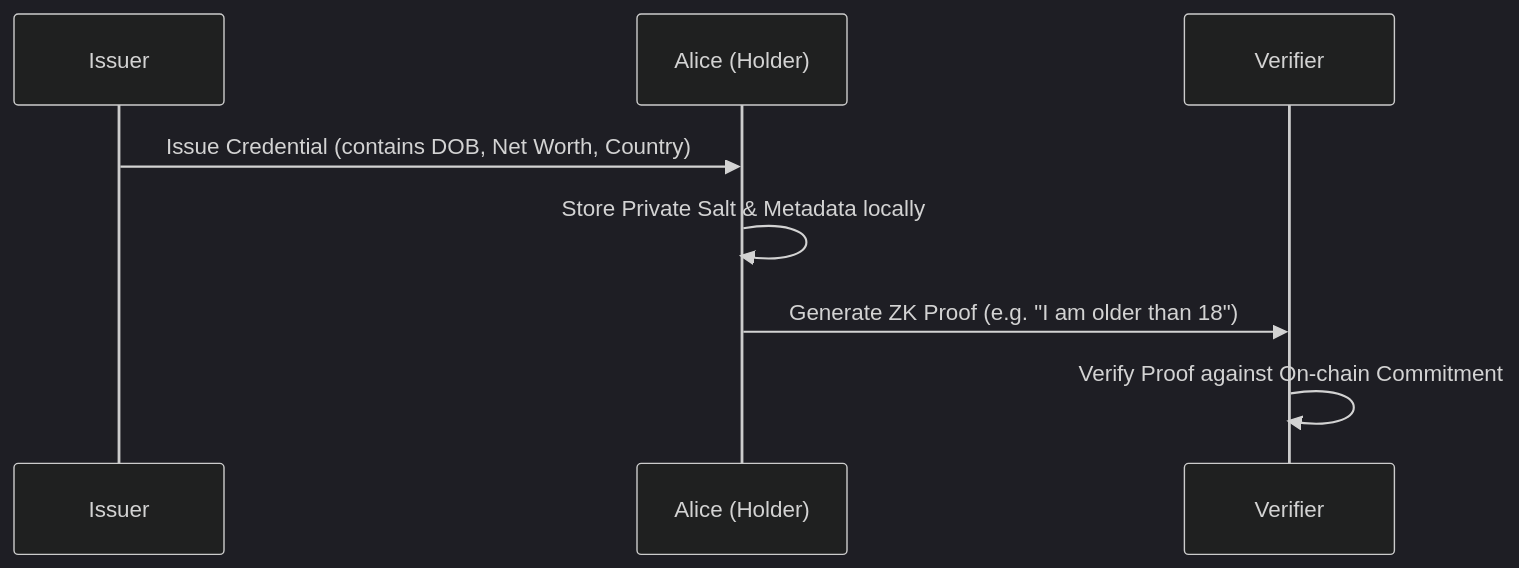
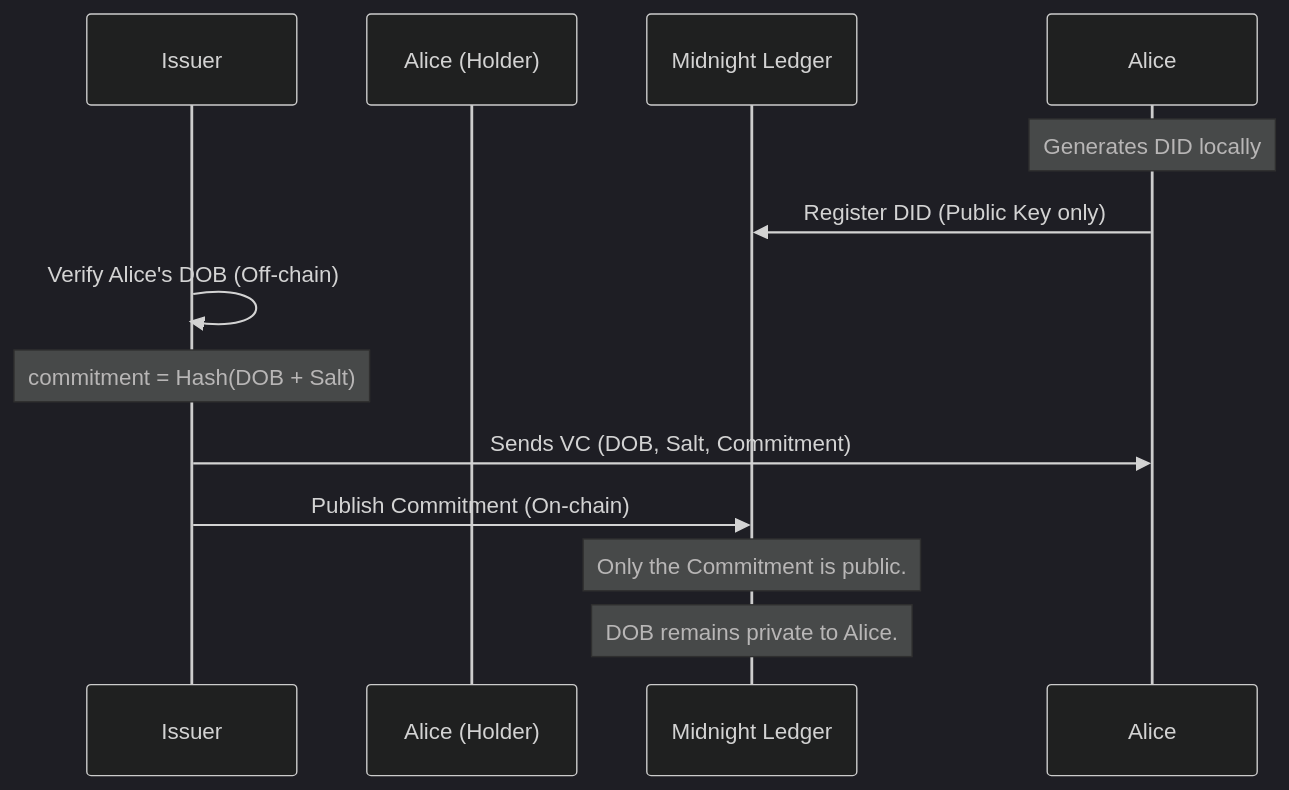
The first of 2 diagrams in TUTORIAL.md (kanyuku/my-did-tutorial), drawn with Mermaid (dark theme) before and after one commit. The commit also changed other lines of this file and 17 other files, not shown here.

````diff
--- a/TUTORIAL.md
+++ b/TUTORIAL.md
@@ -25,11 +37,18 @@
 ```mermaid
 sequenceDiagram
     participant Issuer
-    participant Alice (Holder)
-    participant Verifier
+    participant Holder as Alice (Holder)
+    participant Ledger as Midnight Ledger
+
+    Note over Alice: Generates DID locally
+    Alice->>Ledger: Register DID (Public Key only)
     
-    Issuer->>Alice (Holder): Issue Credential (contains DOB, Net Worth, Country)
-    Alice (Holder)->>Alice (Holder): Store Private Salt & Metadata locally
-    Alice (Holder)->>Verifier: Generate ZK Proof (e.g. "I am older than 18")
-    Verifier->>Verifier: Verify Proof against On-chain Commitment
+    Issuer->>Issuer: Verify Alice's DOB (Off-chain)
+    Note over Issuer: commitment = Hash(DOB + Salt)
+    
+    Issuer->>Alice: Sends VC (DOB, Salt, Commitment)
+    Issuer->>Ledger: Publish Commitment (On-chain)
+    
+    Note over Ledger: Only the Commitment is public.
+    Note over Ledger: DOB remains private to Alice.
 ```
````
